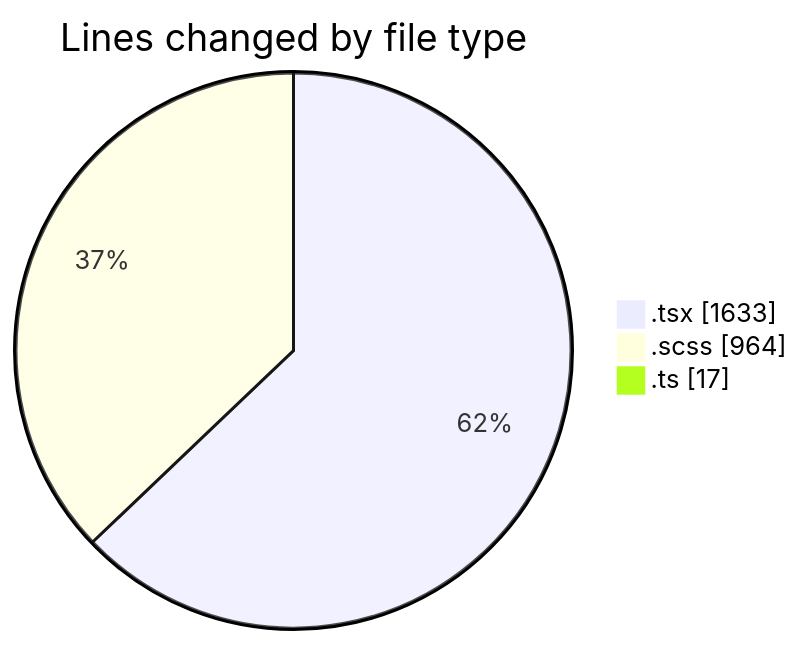
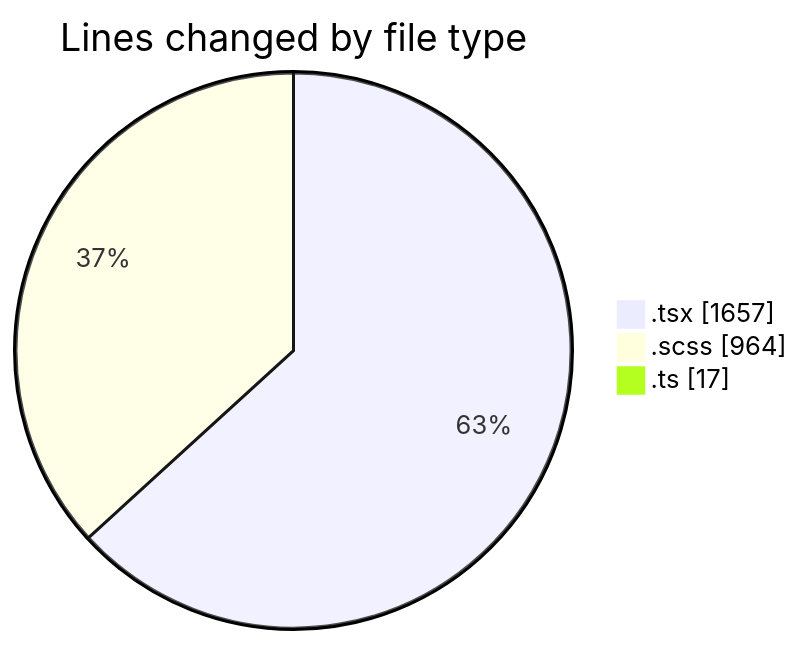
Before and after one commit to momahboobian/code-tracking: the first of 2 diagrams in 2025-09-19/cda/README.md, drawn with Mermaid. The commit also changed other lines of this file and 1 other file, not shown here.

````diff
--- a/2025-09-19/cda/README.md
+++ b/2025-09-19/cda/README.md
@@ -26,7 +26,7 @@
 ```mermaid
 pie showData
 title Lines changed by file type
-".tsx" : 1633
+".tsx" : 1657
 ".scss" : 964
 ".ts" : 17
 ```
````
